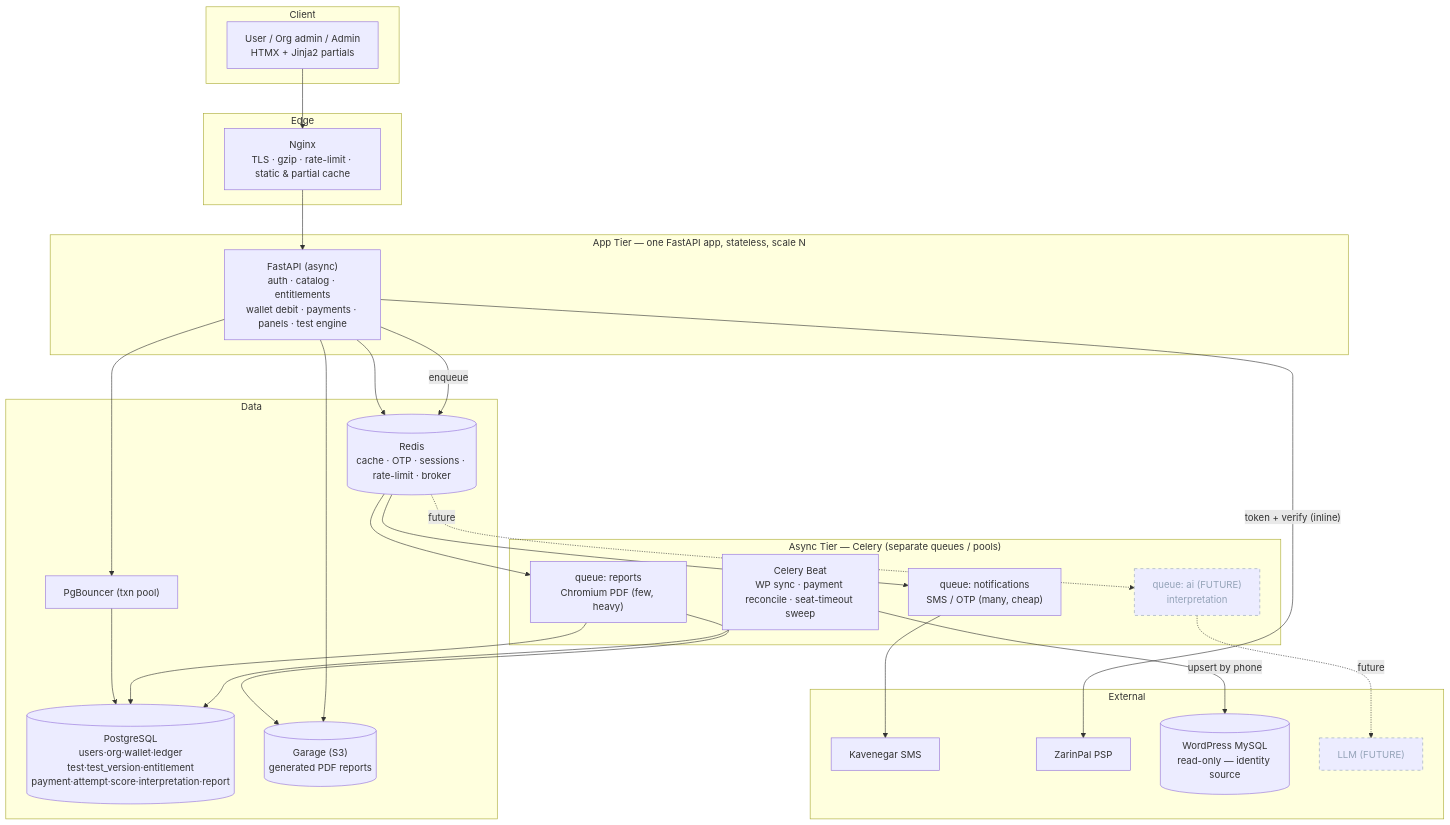
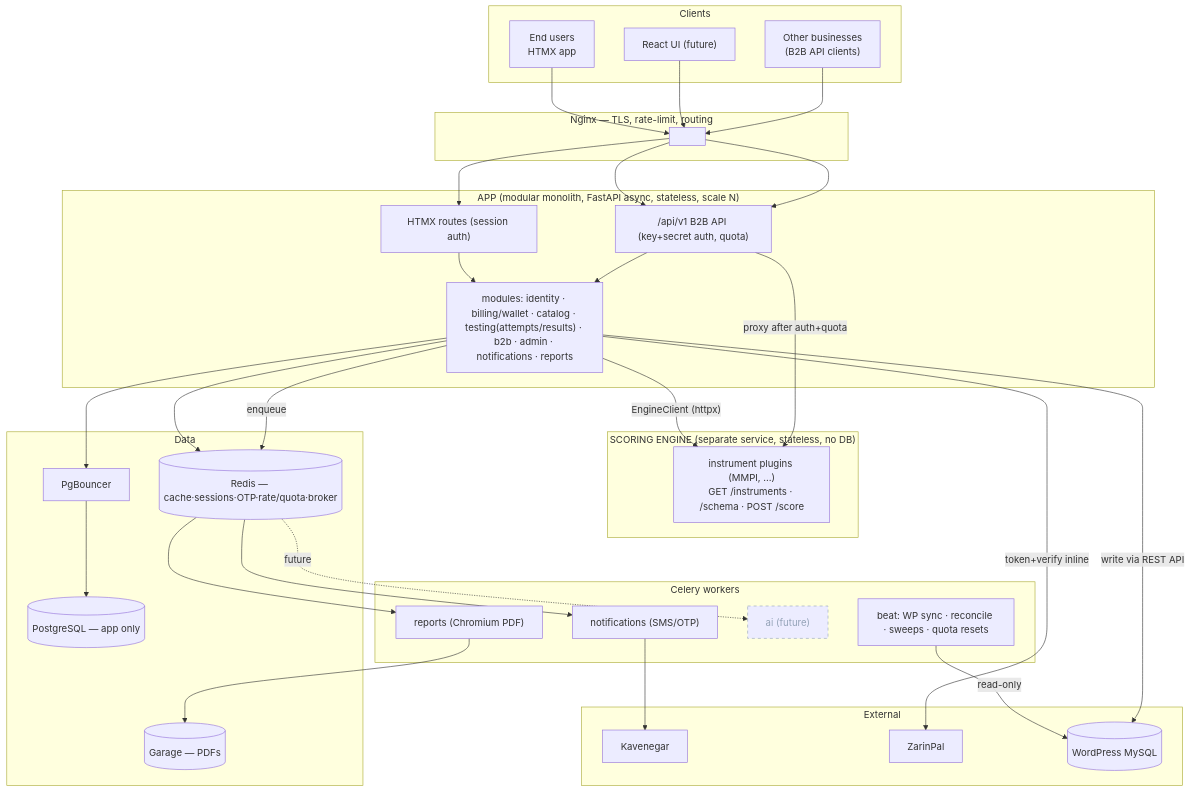
Before and after one commit to hramin/psychology-test-platform: the first of 3 diagrams in ARCHITECTURE_AND_PLAN.md, drawn with Mermaid. The commit also changed other lines of this file and 2 other files, not shown here.

````diff
--- a/ARCHITECTURE_AND_PLAN.md
+++ b/ARCHITECTURE_AND_PLAN.md
@@ -53,46 +16,51 @@
 ```mermaid
 flowchart TB
-    subgraph Client["Client"]
-        U["User / Org admin / Admin<br/>HTMX + Jinja2 partials"]
+    subgraph Clients
+        U["End users<br/>HTMX app"]
+        R["React UI (future)"]
+        B["Other businesses<br/>(B2B API clients)"]
     end
-    subgraph Edge["Edge"]
-        NG["Nginx<br/>TLS · gzip · rate-limit · static & partial cache"]
+    subgraph Edge["Nginx — TLS, rate-limit, routing"]
+        NG[" "]
     end
-    subgraph App["App Tier — one FastAPI app, stateless, scale N"]
-        API["FastAPI (async)<br/>auth · catalog · entitlements<br/>wallet debit · payments · panels · test engine"]
+    subgraph App["APP (modular monolith, FastAPI async, stateless, scale N)"]
+        WEB["HTMX routes (session auth)"]
+        APIB["/api/v1 B2B API (key+secret auth, quota)"]
+        MOD["modules: identity · billing/wallet · catalog · testing(attempts/results) · b2b · admin · notifications · reports"]
     end
-    subgraph Async["Async Tier — Celery (separate queues / pools)"]
-        BEAT["Celery Beat<br/>WP sync · payment reconcile · seat-timeout sweep"]
-        WN["queue: notifications<br/>SMS / OTP (many, cheap)"]
-        WR["queue: reports<br/>Chromium PDF (few, heavy)"]
-        WAI["queue: ai (FUTURE)<br/>interpretation"]
+    subgraph Engine["SCORING ENGINE (separate service, stateless, no DB)"]
+        ENG["instrument plugins (MMPI, …)<br/>GET /instruments · /schema · POST /score"]
     end
-    subgraph Data["Data"]
-        PGB["PgBouncer (txn pool)"]
-        PG[("PostgreSQL<br/>users·org·wallet·ledger<br/>test·test_version·entitlement<br/>payment·attempt·score·interpretation·report")]
-        RD[("Redis<br/>cache · OTP · sessions · rate-limit · broker")]
-        OS[("Garage (S3)<br/>generated PDF reports")]
+    subgraph Async["Celery workers"]
+        WN["notifications (SMS/OTP)"]
+        WR["reports (Chromium PDF)"]
+        WAI["ai (future)"]
+        BEAT["beat: WP sync · reconcile · sweeps · quota resets"]
+    end
+    subgraph Data
+        PGB["PgBouncer"]
+        PG[("PostgreSQL — app only")]
+        RD[("Redis — cache·sessions·OTP·rate/quota·broker")]
+        OS[("Garage — PDFs")]
     end
     subgraph Ext["External"]
-        SMS["Kavenegar SMS"]
-        BANK["ZarinPal PSP"]
-        WP[("WordPress MySQL<br/>read-only — identity source")]
-        LLM["LLM (FUTURE)"]
+        SMS["Kavenegar"]; BANK["ZarinPal"]; WP[("WordPress MySQL")]
     end
-    U --> NG --> API
-    API --> PGB --> PG
-    API --> RD
-    API -- enqueue --> RD
-    RD --> WN & WR
-    RD -. future .-> WAI
-    WN --> SMS
-    WR --> OS
-    WR --> PG
-    WAI -. future .-> LLM
-    BEAT -- upsert by phone --> WP
-    BEAT --> PG
-    API -- token + verify (inline) --> BANK
-    API --> OS
+    U-->NG-->WEB
+    R-->NG-->APIB
+    B-->NG-->APIB
+    WEB-->MOD; APIB-->MOD
+    MOD-->PGB-->PG
+    MOD-->RD
+    MOD-- EngineClient (httpx) -->ENG
+    APIB-- proxy after auth+quota -->ENG
+    MOD-- enqueue -->RD-->WN & WR
+    RD-.future.->WAI
+    WN-->SMS
+    WR-->OS
+    MOD-- token+verify inline -->BANK
+    BEAT-- read-only -->WP
+    MOD-- write via REST API -->WP
     classDef future stroke-dasharray:5 5,stroke:#94a3b8,color:#94a3b8;
-    class WAI,LLM future;
+    class WAI future;
 ```
````
